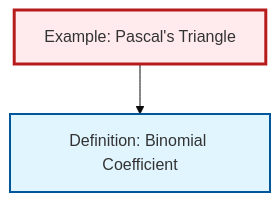
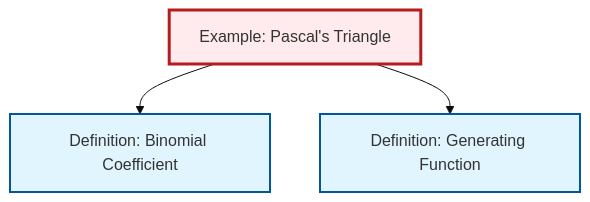
One commit to RK0429/ModernMath changed the diagram in content/ja/combinatorics/ex-pascals-triangle.qmd. Above: the diagram before and after it, drawn with Mermaid (base theme). The commit also changed 531 other files, not shown here.

````diff
--- a/content/ja/combinatorics/ex-pascals-triangle.qmd
+++ b/content/ja/combinatorics/ex-pascals-triangle.qmd
@@ -73,14 +73,17 @@
 ```{mermaid}
 %%| fig-cap: "Local dependency graph"
 graph TD
     classDef definition fill:#e1f5fe,stroke:#01579b,stroke-width:2px
     classDef theorem fill:#f3e5f5,stroke:#4a148c,stroke-width:2px
     classDef axiom fill:#fff3e0,stroke:#e65100,stroke-width:2px
     classDef example fill:#e8f5e9,stroke:#1b5e20,stroke-width:2px
     classDef current fill:#ffebee,stroke:#b71c1c,stroke-width:3px
+    def-generating-function["Definition: Generating Function"]:::definition
     ex-pascals-triangle["Example: Pascal's Triangle"]:::example
     def-binomial-coefficient["Definition: Binomial Coefficient"]:::definition
     ex-pascals-triangle --> def-binomial-coefficient
+    ex-pascals-triangle --> def-generating-function
     class ex-pascals-triangle current
+    click def-generating-function "def-generating-function.html" "Definition: Generating Functionへ"
     click def-binomial-coefficient "def-binomial-coefficient.html" "Definition: Binomial Coefficientへ"
 ```
````
